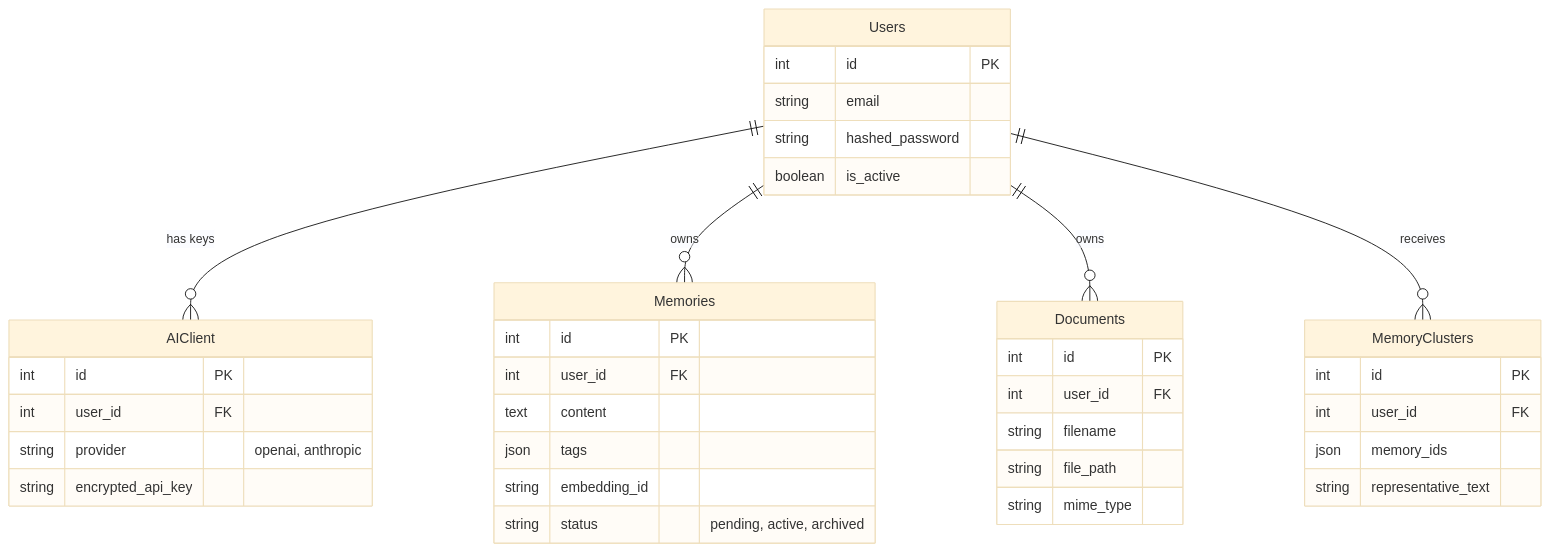
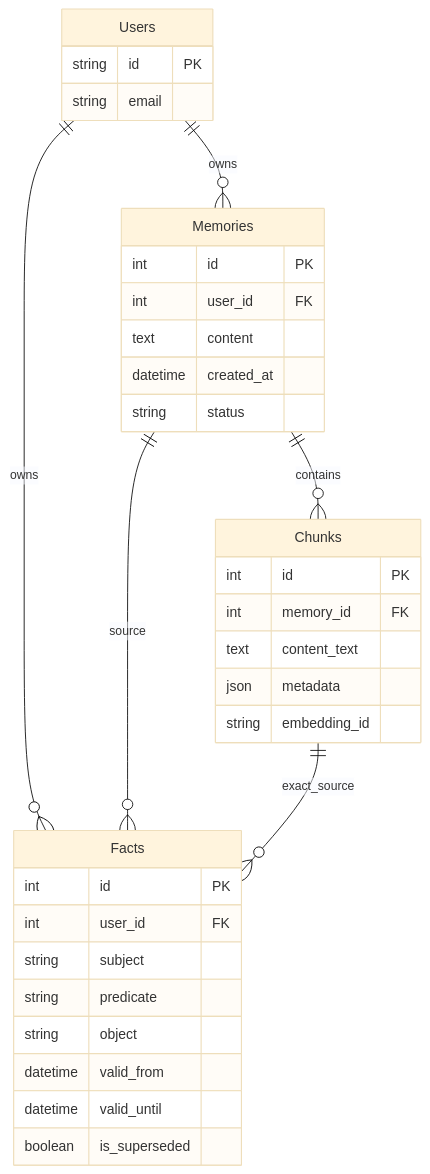
Before and after one commit to ramblinghermit0403/Memwyre: the fourth of 4 diagrams in system_design.md, drawn with Mermaid (base theme). The commit also changed other lines of this file and 35 other files, not shown here.

````diff
--- a/system_design.md
+++ b/system_design.md
@@ -120,45 +123,41 @@
 ```mermaid
 erDiagram
-    Users ||--o{ AIClient : "has keys"
     Users ||--o{ Memories : "owns"
-    Users ||--o{ Documents : "owns"
-    Users ||--o{ MemoryClusters : "receives"
+    Users ||--o{ Facts : "owns"
+    
+    Memories ||--o{ Chunks : "contains"
+    Memories ||--o{ Facts : "source"
+    Chunks ||--o{ Facts : "exact_source"
 
     Users {
-        int id PK
+        string id PK
         string email
-        string hashed_password
-        boolean is_active
-    }
-
-    AIClient {
-        int id PK
-        int user_id FK
-        string provider "openai, anthropic"
-        string encrypted_api_key
     }
 
     Memories {
         int id PK
         int user_id FK
         text content
-        json tags
-        string embedding_id
-        string status "pending, active, archived"
+        datetime created_at
+        string status
     }
 
-    Documents {
+    Chunks {
+        int id PK
+        int memory_id FK
+        text content_text
+        json metadata
+        string embedding_id
+    }
+
+    Facts {
         int id PK
         int user_id FK
-        string filename
-        string file_path
-        string mime_type
-    }
-
-    MemoryClusters {
-        int id PK
-        int user_id FK
-        json memory_ids
-        string representative_text
+        string subject
+        string predicate
+        string object
+        datetime valid_from
+        datetime valid_until
+        boolean is_superseded
     }
 ```
````
